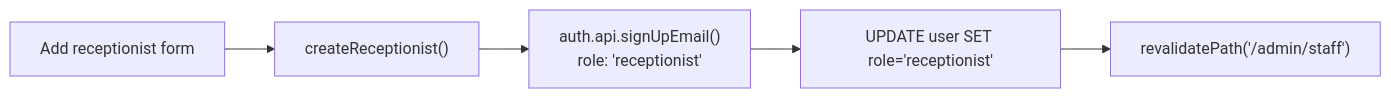
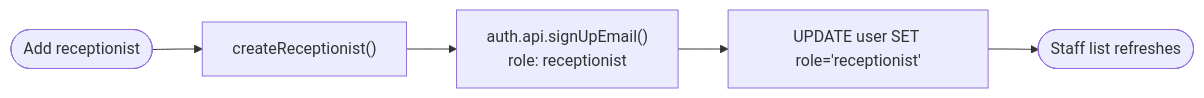
Before and after one commit to themuzzamil/Hospital-Management-System: the fifth of 22 diagrams in flow.md, drawn with Mermaid. The commit also changed other lines of this file, not shown here.

````diff
--- a/flow.md
+++ b/flow.md
@@ -167,7 +180,7 @@
 ```mermaid
 flowchart LR
-    A["Add receptionist form"] --> B["createReceptionist()"]
-    B --> C["auth.api.signUpEmail()<br/>role: 'receptionist'"]
+    A(["Add receptionist"]) --> B["createReceptionist()"]
+    B --> C["auth.api.signUpEmail()<br/>role: receptionist"]
     C --> D["UPDATE user SET role='receptionist'"]
-    D --> E["revalidatePath('/admin/staff')"]
+    D --> E(["Staff list refreshes"])
 ```
````
